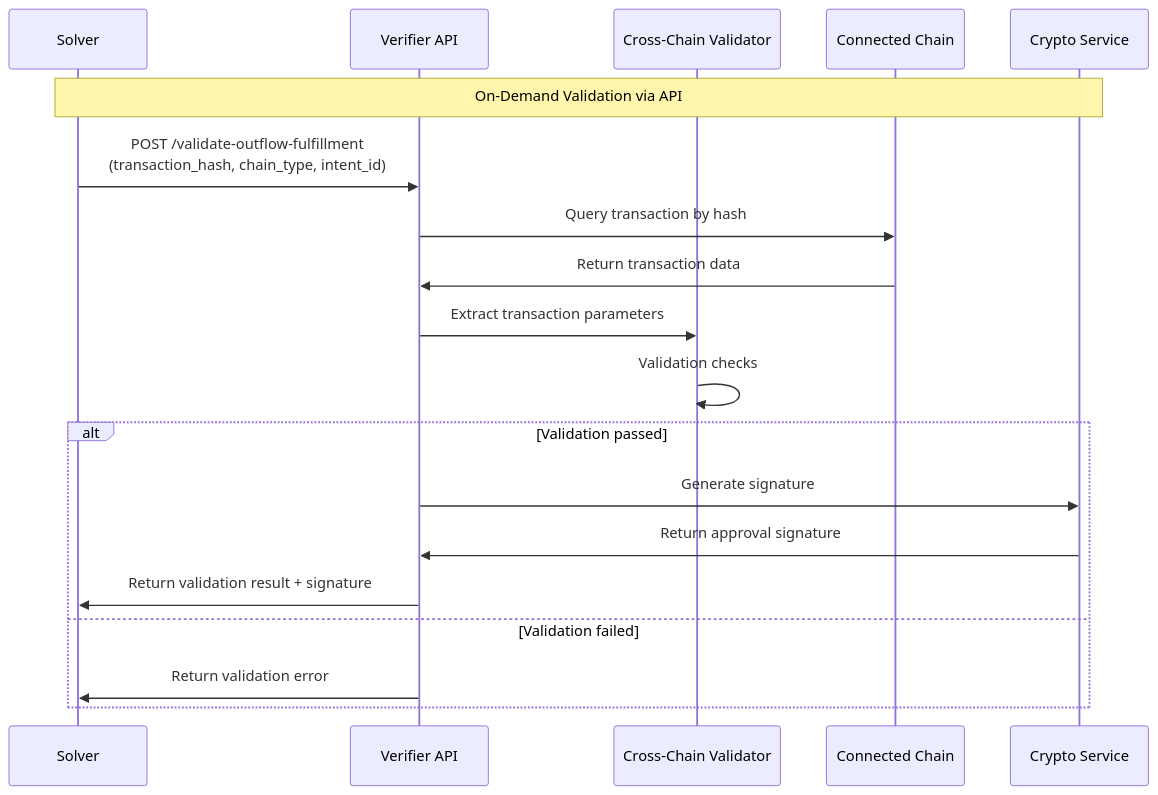
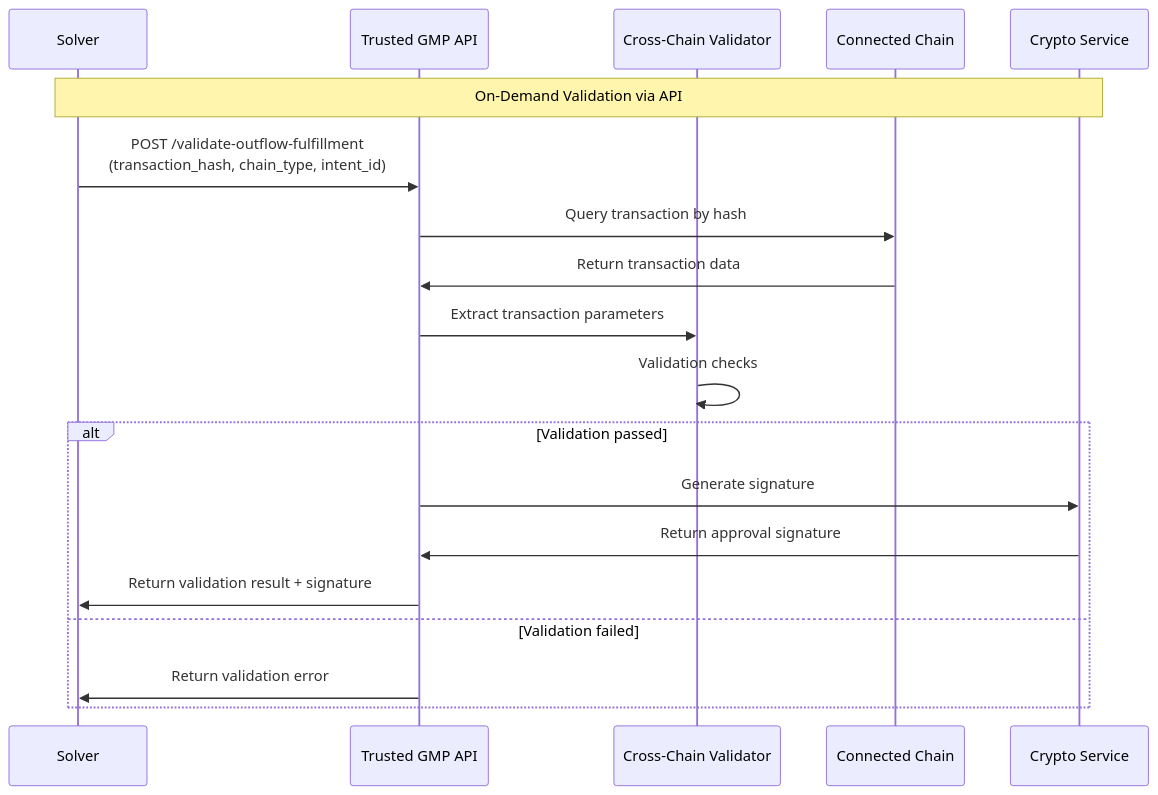
Before and after one commit to apenzk/int3nts: the fourth of 4 diagrams in docs/protocol.md, drawn with Mermaid. The commit also changed other lines of this file and 361 other files, not shown here.

First line of the commit message:
refact: Split verifier into coordinator and trusted-gmp (#8)

````diff
--- a/docs/protocol.md
+++ b/docs/protocol.md
@@ -267,22 +270,22 @@
 ```mermaid
 sequenceDiagram
     participant Solver
-    participant API as Verifier API
+    participant API as Trusted GMP API
     participant Validator as Cross-Chain Validator
     participant Connected as Connected Chain
     participant Crypto as Crypto Service
 
     Note over Solver,Crypto: On-Demand Validation via API
     Solver->>API: POST /validate-outflow-fulfillment<br/>(transaction_hash, chain_type, intent_id)
     API->>Connected: Query transaction by hash
     Connected->>API: Return transaction data
     API->>Validator: Extract transaction parameters
     Validator->>Validator: Validation checks
     alt Validation passed
         API->>Crypto: Generate signature
         Crypto->>API: Return approval signature
         API->>Solver: Return validation result + signature
     else Validation failed
         API->>Solver: Return validation error
     end
 ```
````
